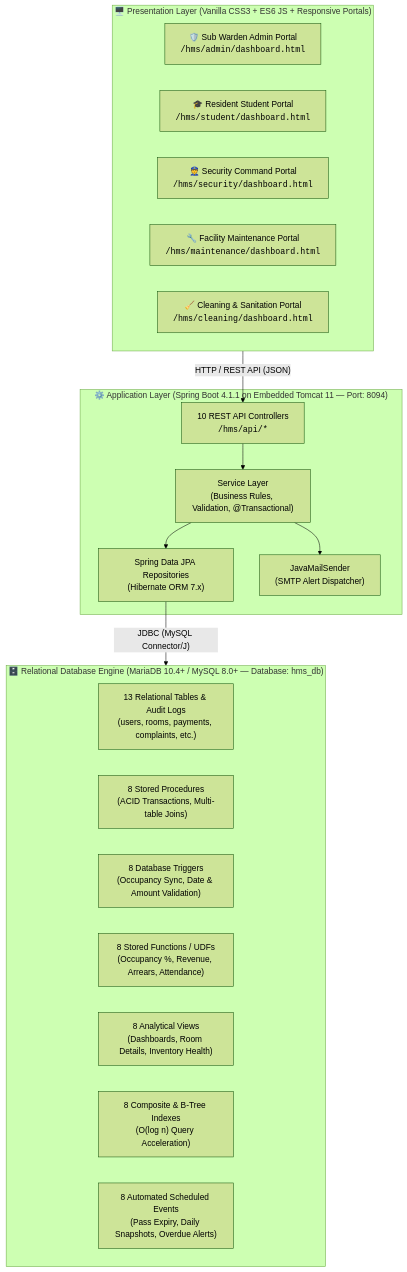
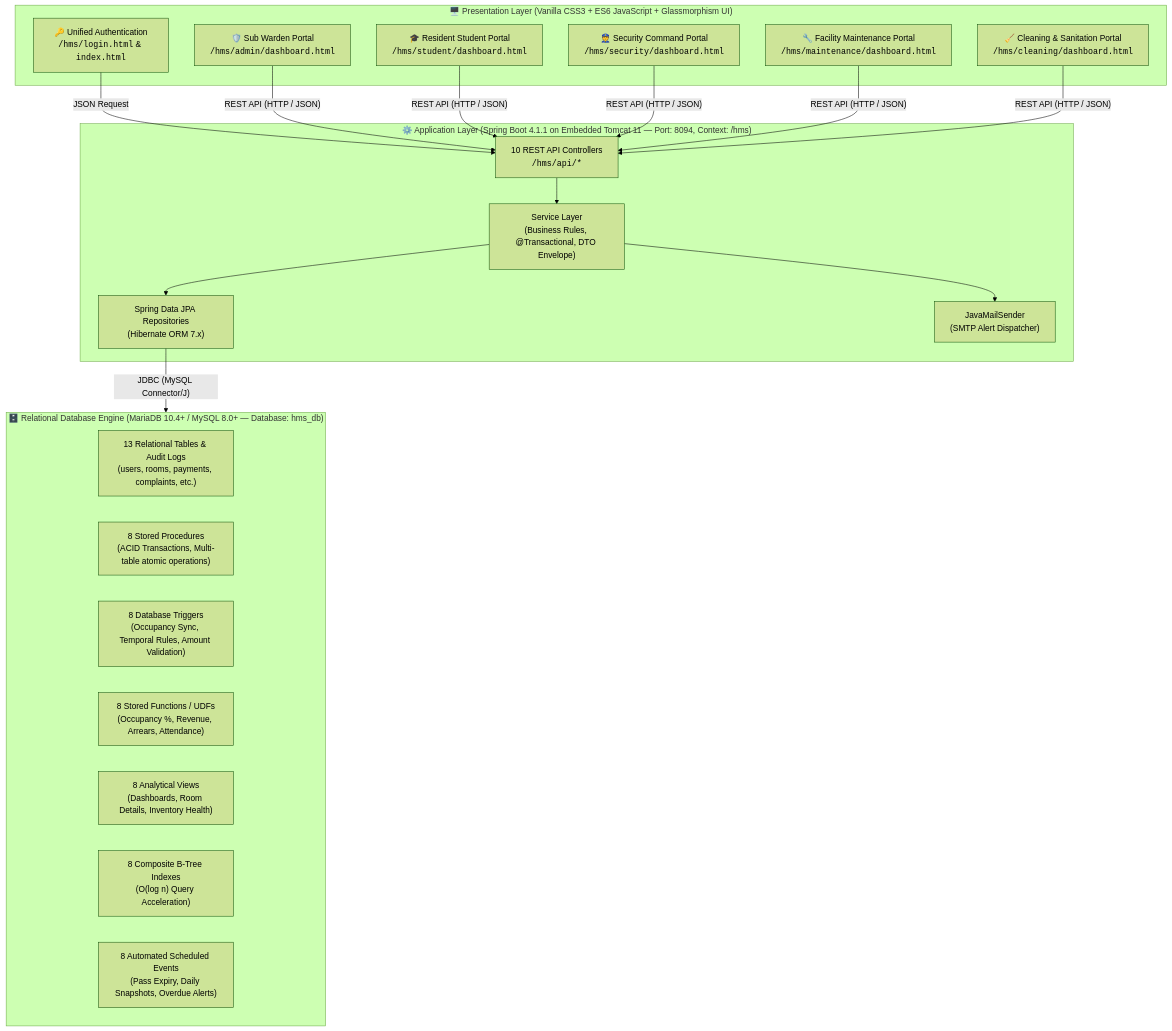
One commit to Nekmal/HMS changed the first of 3 diagrams in README.md. Above: the diagram before and after it, drawn with Mermaid (forest theme). The commit also changed other lines of this file, not shown here.

````diff
--- a/README.md
+++ b/README.md
@@ -75,33 +90,39 @@
 ```mermaid
 graph TD
-    subgraph UI ["🖥️ Presentation Layer (Vanilla CSS3 + ES6 JS + Responsive Portals)"]
-        A1["🛡️ Sub Warden Admin Portal<br/><code>/hms/admin/dashboard.html</code>"]
-        A2["🎓 Resident Student Portal<br/><code>/hms/student/dashboard.html</code>"]
-        A3["👮 Security Command Portal<br/><code>/hms/security/dashboard.html</code>"]
-        A4["🔧 Facility Maintenance Portal<br/><code>/hms/maintenance/dashboard.html</code>"]
-        A5["🧹 Cleaning & Sanitation Portal<br/><code>/hms/cleaning/dashboard.html</code>"]
+    subgraph UI ["🖥️ Presentation Layer (Vanilla CSS3 + ES6 JavaScript + Glassmorphism UI)"]
+        P1["🛡️ Sub Warden Portal<br/><code>/hms/admin/dashboard.html</code>"]
+        P2["🎓 Resident Student Portal<br/><code>/hms/student/dashboard.html</code>"]
+        P3["👮 Security Command Portal<br/><code>/hms/security/dashboard.html</code>"]
+        P4["🔧 Facility Maintenance Portal<br/><code>/hms/maintenance/dashboard.html</code>"]
+        P5["🧹 Cleaning & Sanitation Portal<br/><code>/hms/cleaning/dashboard.html</code>"]
+        AUTH["🔑 Unified Authentication<br/><code>/hms/login.html</code> & <code>index.html</code>"]
     end
 
-    subgraph AppServer ["⚙️ Application Layer (Spring Boot 4.1.1 on Embedded Tomcat 11 — Port: 8094)"]
-        C["10 REST API Controllers<br/><code>/hms/api/*</code>"]
-        S["Service Layer<br/>(Business Rules, Validation, @Transactional)"]
-        R["Spring Data JPA Repositories<br/>(Hibernate ORM 7.x)"]
-        M["JavaMailSender<br/>(SMTP Alert Dispatcher)"]
-        C --> S
-        S --> R
-        S --> M
+    subgraph AppServer ["⚙️ Application Layer (Spring Boot 4.1.1 on Embedded Tomcat 11 — Port: 8094, Context: /hms)"]
+        CTRL["10 REST API Controllers<br/><code>/hms/api/*</code>"]
+        SRV["Service Layer<br/>(Business Rules, @Transactional, DTO Envelope)"]
+        REPO["Spring Data JPA Repositories<br/>(Hibernate ORM 7.x)"]
+        MAIL["JavaMailSender<br/>(SMTP Alert Dispatcher)"]
+        CTRL --> SRV
+        SRV --> REPO
+        SRV --> MAIL
     end
 
-    subgraph DatabaseLayer ["🗄️ Relational Database Engine (MariaDB 10.4+ / MySQL 8.0+ — Database: hms_db)"]
+    subgraph DBEngine ["🗄️ Relational Database Engine (MariaDB 10.4+ / MySQL 8.0+ — Database: hms_db)"]
         T["13 Relational Tables & Audit Logs<br/>(users, rooms, payments, complaints, etc.)"]
-        SP["8 Stored Procedures<br/>(ACID Transactions, Multi-table Joins)"]
-        TRG["8 Database Triggers<br/>(Occupancy Sync, Date & Amount Validation)"]
+        SP["8 Stored Procedures<br/>(ACID Transactions, Multi-table atomic operations)"]
+        TRG["8 Database Triggers<br/>(Occupancy Sync, Temporal Rules, Amount Validation)"]
         FN["8 Stored Functions / UDFs<br/>(Occupancy %, Revenue, Arrears, Attendance)"]
         VW["8 Analytical Views<br/>(Dashboards, Room Details, Inventory Health)"]
-        IDX["8 Composite & B-Tree Indexes<br/>(O(log n) Query Acceleration)"]
+        IDX["8 Composite B-Tree Indexes<br/>(O(log n) Query Acceleration)"]
         EVT["8 Automated Scheduled Events<br/>(Pass Expiry, Daily Snapshots, Overdue Alerts)"]
     end
 
-    UI -->|"HTTP / REST API (JSON)"| C
-    R -->|"JDBC (MySQL Connector/J)"| DatabaseLayer
+    AUTH -->|"JSON Request"| CTRL
+    P1 -->|"REST API (HTTP / JSON)"| CTRL
+    P2 -->|"REST API (HTTP / JSON)"| CTRL
+    P3 -->|"REST API (HTTP / JSON)"| CTRL
+    P4 -->|"REST API (HTTP / JSON)"| CTRL
+    P5 -->|"REST API (HTTP / JSON)"| CTRL
+    REPO -->|"JDBC (MySQL Connector/J)"| DBEngine
 ```
````
